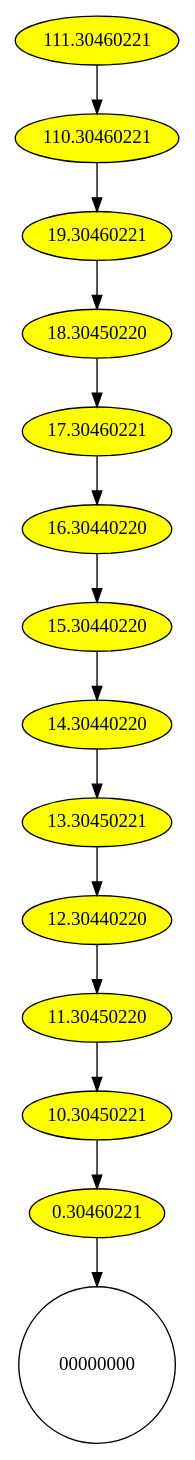
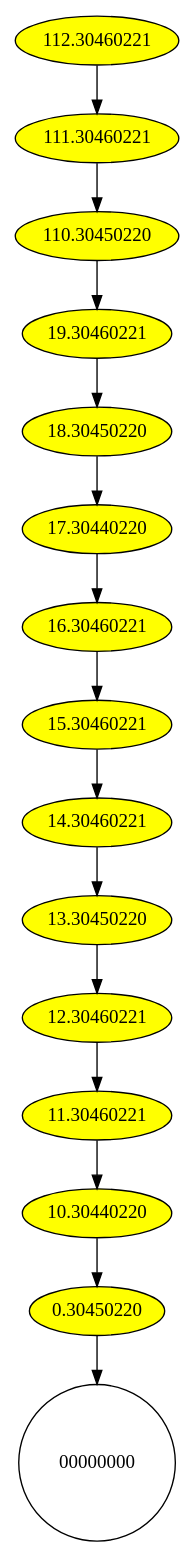
One commit to DGT-Network/DGT-Matagami changed the diagram in CORE/validator/DAG.gv. Above: the diagram before and after it, drawn with Graphviz. The commit also changed 2 other files, not shown here.

```diff
--- a/CORE/validator/DAG.gv
+++ b/CORE/validator/DAG.gv
@@ -1,18 +1,19 @@
 digraph DAG {
 {
- node [style="filled", fillcolor="yellow", fontcolor="black", margin="0.01"]"111.30460221" -> "110.30460221";
-"110.30460221" -> "19.30460221";
+ node [style="filled", fillcolor="yellow", fontcolor="black", margin="0.01"]"112.30460221" -> "111.30460221";
+"111.30460221" -> "110.30450220";
+"110.30450220" -> "19.30460221";
 "19.30460221" -> "18.30450220";
-"18.30450220" -> "17.30460221";
-"17.30460221" -> "16.30440220";
-"16.30440220" -> "15.30440220";
-"15.30440220" -> "14.30440220";
-"14.30440220" -> "13.30450221";
-"13.30450221" -> "12.30440220";
-"12.30440220" -> "11.30450220";
-"11.30450220" -> "10.30450221";
-"10.30450221" -> "0.30460221";
+"18.30450220" -> "17.30440220";
+"17.30440220" -> "16.30460221";
+"16.30460221" -> "15.30460221";
+"15.30460221" -> "14.30460221";
+"14.30460221" -> "13.30450220";
+"13.30450220" -> "12.30460221";
+"12.30460221" -> "11.30460221";
+"11.30460221" -> "10.30440220";
+"10.30440220" -> "0.30450220";
 }
-"0.30460221" -> "00000000";
+"0.30450220" -> "00000000";
 "00000000" [fillcolor="red",shape="circle"];
 }
```
